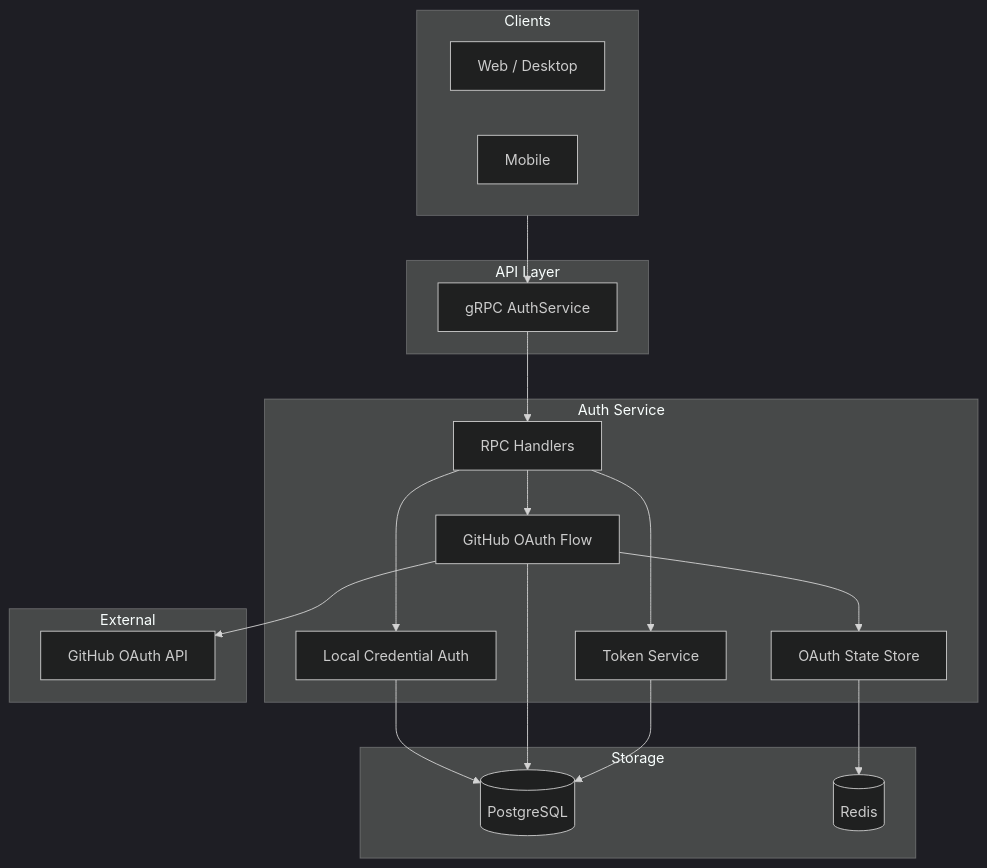
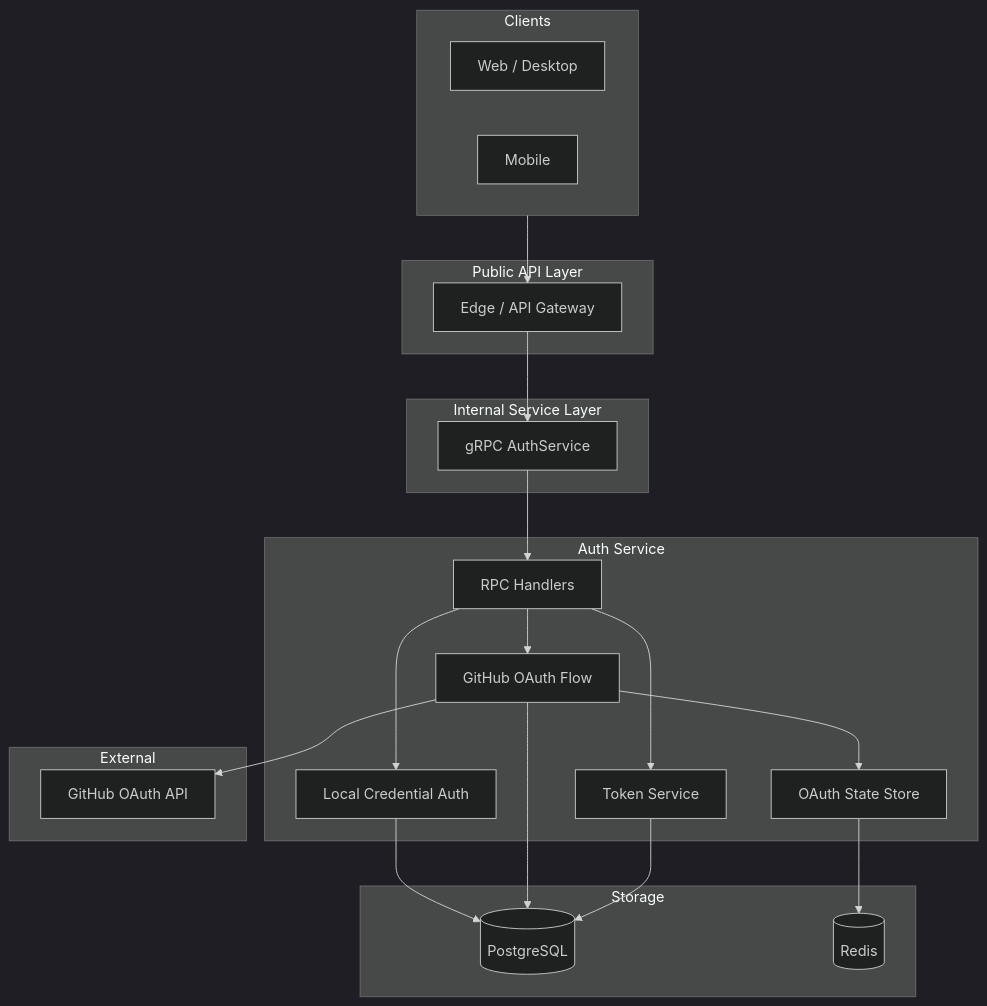
One commit to HappyLadySauce/Beehive-IM changed the first of 8 diagrams in docs/auth/DESIGN.md. Above: the diagram before and after it, drawn with Mermaid (dark theme). The commit also changed other lines of this file and 5 other files, not shown here.

````diff
--- a/docs/auth/DESIGN.md
+++ b/docs/auth/DESIGN.md
@@ -31,40 +31,45 @@
 ```mermaid
 flowchart TB
     subgraph clients [Clients]
         Web[Web / Desktop]
         Mobile[Mobile]
     end
 
-    subgraph gateway [API Layer]
+    subgraph public_api [Public API Layer]
+        Edge[Edge / API Gateway]
+    end
+
+    subgraph internal_api [Internal Service Layer]
         GRPC[gRPC AuthService]
     end
 
     subgraph auth_svc [Auth Service]
         Handler[RPC Handlers]
         LocalAuth[Local Credential Auth]
         OAuthFlow[GitHub OAuth Flow]
         TokenSvc[Token Service]
         StateStore[OAuth State Store]
     end
 
     subgraph storage [Storage]
         PG[(PostgreSQL)]
         Redis[(Redis)]
     end
 
     subgraph external [External]
         GitHub[GitHub OAuth API]
     end
 
-    clients --> GRPC
+    clients --> Edge
+    Edge --> GRPC
     GRPC --> Handler
     Handler --> LocalAuth
     Handler --> OAuthFlow
     Handler --> TokenSvc
     OAuthFlow --> StateStore
     OAuthFlow --> GitHub
     LocalAuth --> PG
     OAuthFlow --> PG
     TokenSvc --> PG
     StateStore --> Redis
 ```
````
